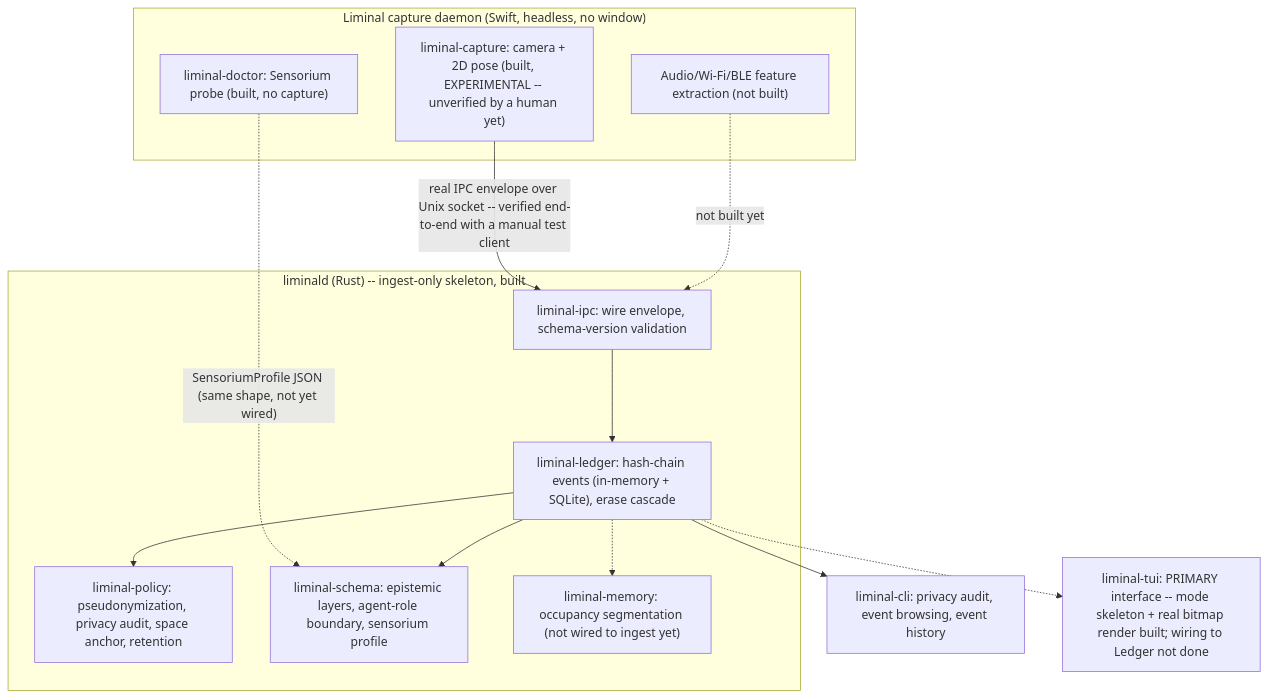
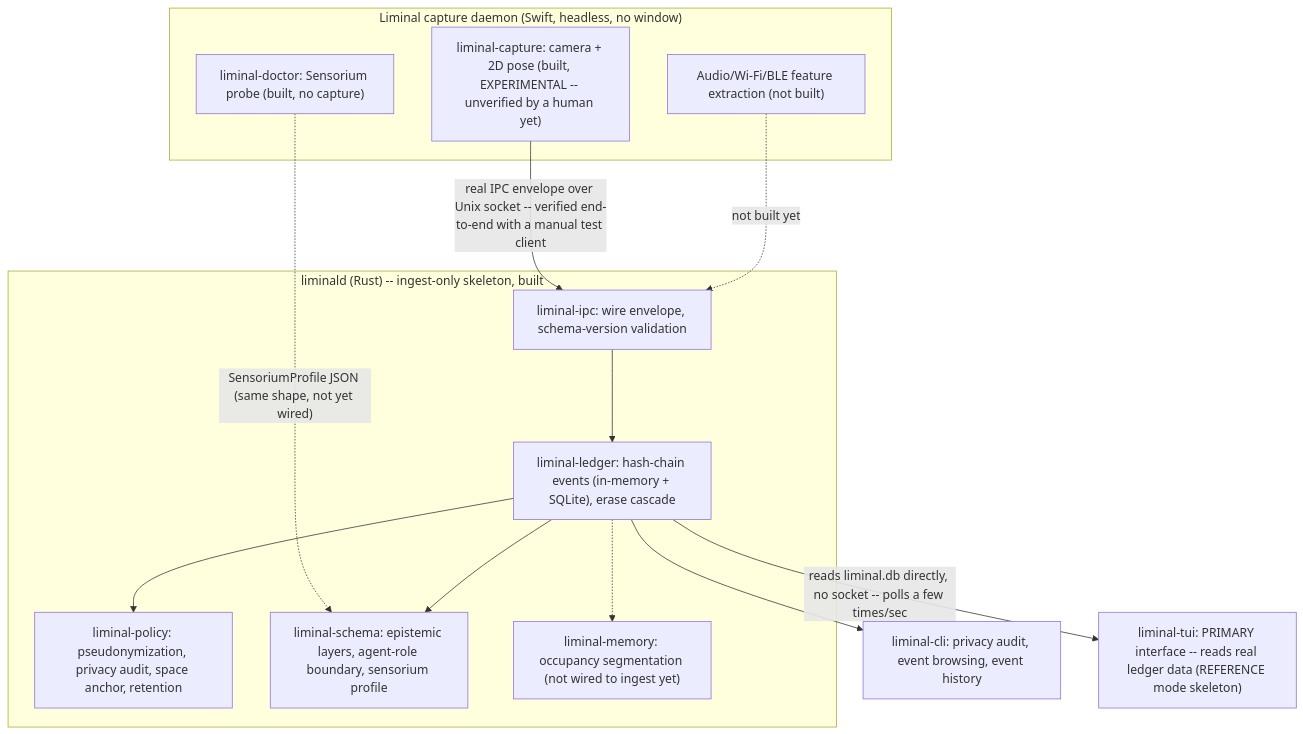
The diagram in docs/ARCHITECTURE.md (randyren278/liminal), drawn with Mermaid before and after one commit. The commit also changed other lines of this file and 9 other files, not shown here.

````diff
--- a/docs/ARCHITECTURE.md
+++ b/docs/ARCHITECTURE.md
@@ -19,27 +19,27 @@
 ```mermaid
 flowchart TB
     subgraph Swift["Liminal capture daemon (Swift, headless, no window)"]
         Doctor["liminal-doctor: Sensorium probe (built, no capture)"]
         Sensors["liminal-capture: camera + 2D pose (built, EXPERIMENTAL -- unverified by a human yet)"]
         Extract["Audio/Wi-Fi/BLE feature extraction (not built)"]
     end
     subgraph Rust["liminald (Rust) -- ingest-only skeleton, built"]
         IPC["liminal-ipc: wire envelope, schema-version validation"]
         Ledger["liminal-ledger: hash-chain events (in-memory + SQLite), erase cascade"]
         Policy["liminal-policy: pseudonymization, privacy audit, space anchor, retention"]
         Schema["liminal-schema: epistemic layers, agent-role boundary, sensorium profile"]
         Memory["liminal-memory: occupancy segmentation (not wired to ingest yet)"]
     end
     CLI["liminal-cli: privacy audit, event browsing, event history"]
-    TUI["liminal-tui: PRIMARY interface -- mode skeleton + real bitmap render built; wiring to Ledger not done"]
+    TUI["liminal-tui: PRIMARY interface -- reads real ledger data (REFERENCE mode skeleton)"]
 
     Doctor -.->|"SensoriumProfile JSON (same shape, not yet wired)"| Schema
     Sensors -->|"real IPC envelope over Unix socket -- verified end-to-end with a manual test client"| IPC
     Extract -.->|"not built yet"| IPC
     IPC --> Ledger
     Ledger --> Policy
     Ledger --> Schema
     Ledger -.-> Memory
     Ledger --> CLI
-    Ledger -.-> TUI
+    Ledger -->|"reads liminal.db directly, no socket -- polls a few times/sec"| TUI
 ```
````
